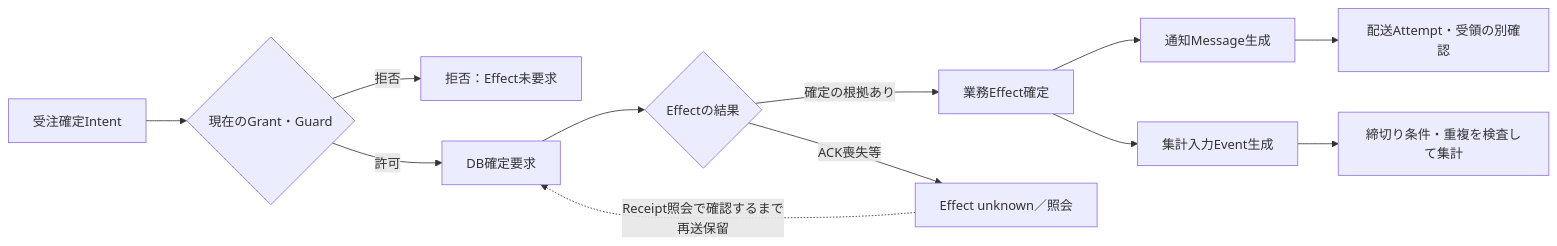
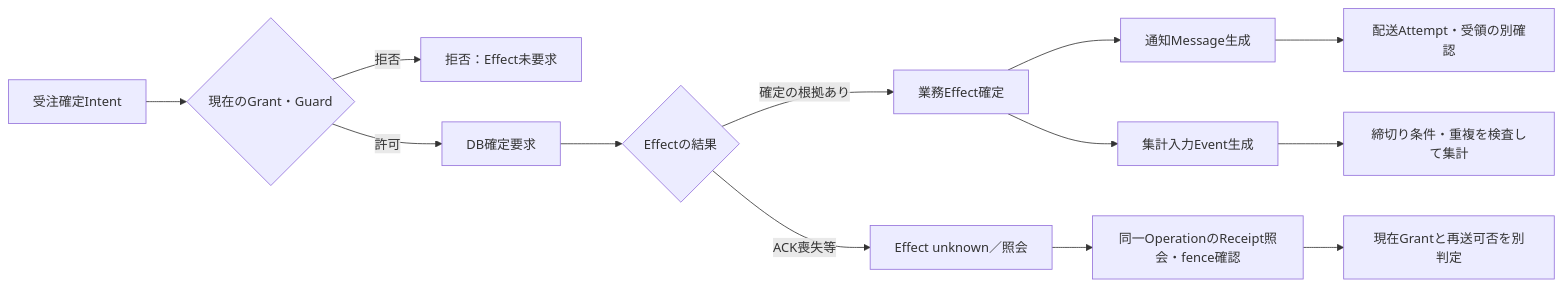
The fifth of 5 diagrams in plan/design/PROCESS_EXECUTION_CAUSAL_PROJECTIONS_2026-11.md (hat47x/tei-platform), drawn with Mermaid before and after one commit. The commit also changed other lines of this file, not shown here.

Commit message:
docs(execution): 誤った自動再送経路を図から除き、Markdownのコード表記を補正

````diff
--- a/plan/design/PROCESS_EXECUTION_CAUSAL_PROJECTIONS_2026-11.md
+++ b/plan/design/PROCESS_EXECUTION_CAUSAL_PROJECTIONS_2026-11.md
@@ -337,14 +337,15 @@
 ```mermaid
 flowchart LR
   I["受注確定Intent"] --> G{"現在のGrant・Guard"}
   G -->|拒否| X["拒否：Effect未要求"]
   G -->|許可| C["DB確定要求"]
   C --> V{"Effectの結果"}
   V -->|確定の根拠あり| E["業務Effect確定"]
   V -->|ACK喪失等| U["Effect unknown／照会"]
   E --> M["通知Message生成"]
   E --> B["集計入力Event生成"]
   M --> D["配送Attempt・受領の別確認"]
   B --> A["締切り条件・重複を検査して集計"]
-  U -. "Receipt照会で確認するまで再送保留" .-> C
+  U --> T["同一OperationのReceipt照会・fence確認"]
+  T --> H["現在Grantと再送可否を別判定"]
 ```
````
